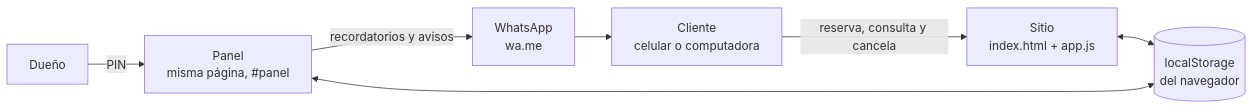
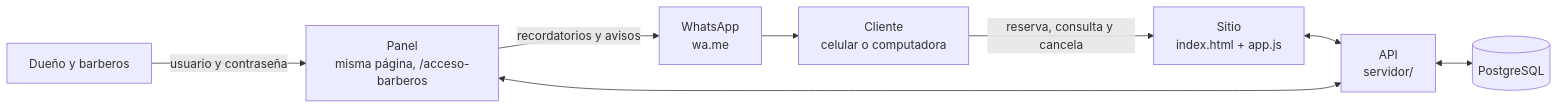
One commit to Angelitot/trabajo-de-campo-tommy-barber changed the first of 2 diagrams in docs/DOCUMENTACION.md. Above: the diagram before and after it, drawn with Mermaid. The commit also changed other lines of this file and 27 other files, not shown here.

First line of the commit message:
Agrega la API: la página y el panel guardan en la base de datos

````diff
--- a/docs/DOCUMENTACION.md
+++ b/docs/DOCUMENTACION.md
@@ -165,9 +167,10 @@
 ```mermaid
 flowchart LR
     C[Cliente<br>celular o computadora] -->|reserva, consulta y cancela| S[Sitio<br>index.html + app.js]
-    D[Dueño] -->|PIN| P[Panel<br>misma página, #panel]
-    S <--> L[(localStorage<br>del navegador)]
-    P <--> L
+    D[Dueño y barberos] -->|usuario y contraseña| P[Panel<br>misma página, /acceso-barberos]
+    S <--> A[API<br>servidor/]
+    P <--> A
+    A <--> B[(PostgreSQL)]
     P -->|recordatorios y avisos| W[WhatsApp<br>wa.me]
     W --> C
 ```
````
